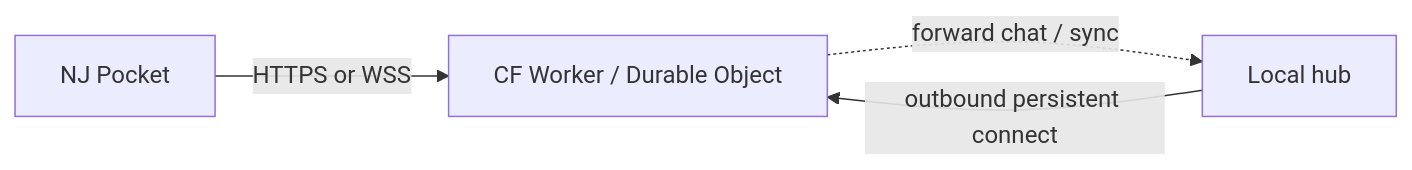
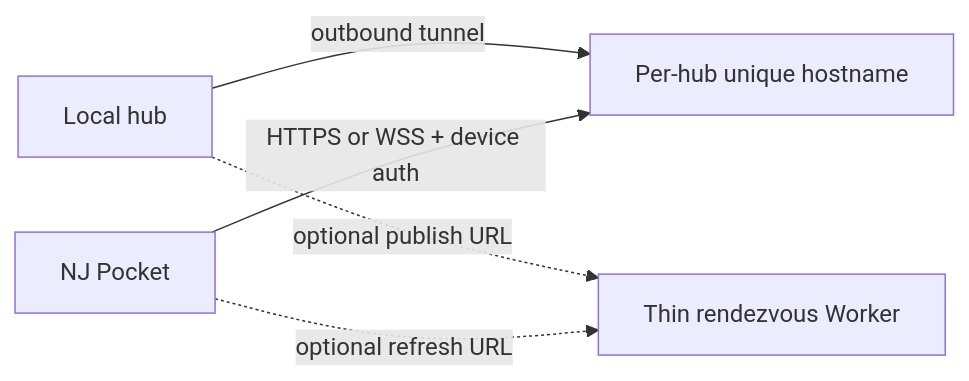
Before and after one commit to camronwood/neural-junkie: the diagram in docs/MOBILE_COMPANION_NOTES.md, drawn with Mermaid. The commit also changed other lines of this file and 128 other files, not shown here.

First line of the commit message:
Ship beta.18 candidate: Canvas Mermaid reliability, Maps, Composition Model.

````diff
--- a/docs/MOBILE_COMPANION_NOTES.md
+++ b/docs/MOBILE_COMPANION_NOTES.md
@@ -277,6 +277,7 @@
 ```mermaid
 flowchart LR
-  Phone[NJ Pocket] -->|HTTPS or WSS| Edge[CF Worker / Durable Object]
-  Hub[Local hub] -->|outbound persistent connect| Edge
-  Edge -.->|forward chat / sync| Hub
+  Hub[Local hub] -->|outbound tunnel| Tunnel[Per-hub unique hostname]
+  Phone[NJ Pocket] -->|HTTPS or WSS + device auth| Tunnel
+  Hub -.->|optional publish URL| Rendezvous[Thin rendezvous Worker]
+  Phone -.->|optional refresh URL| Rendezvous
 ```
````
